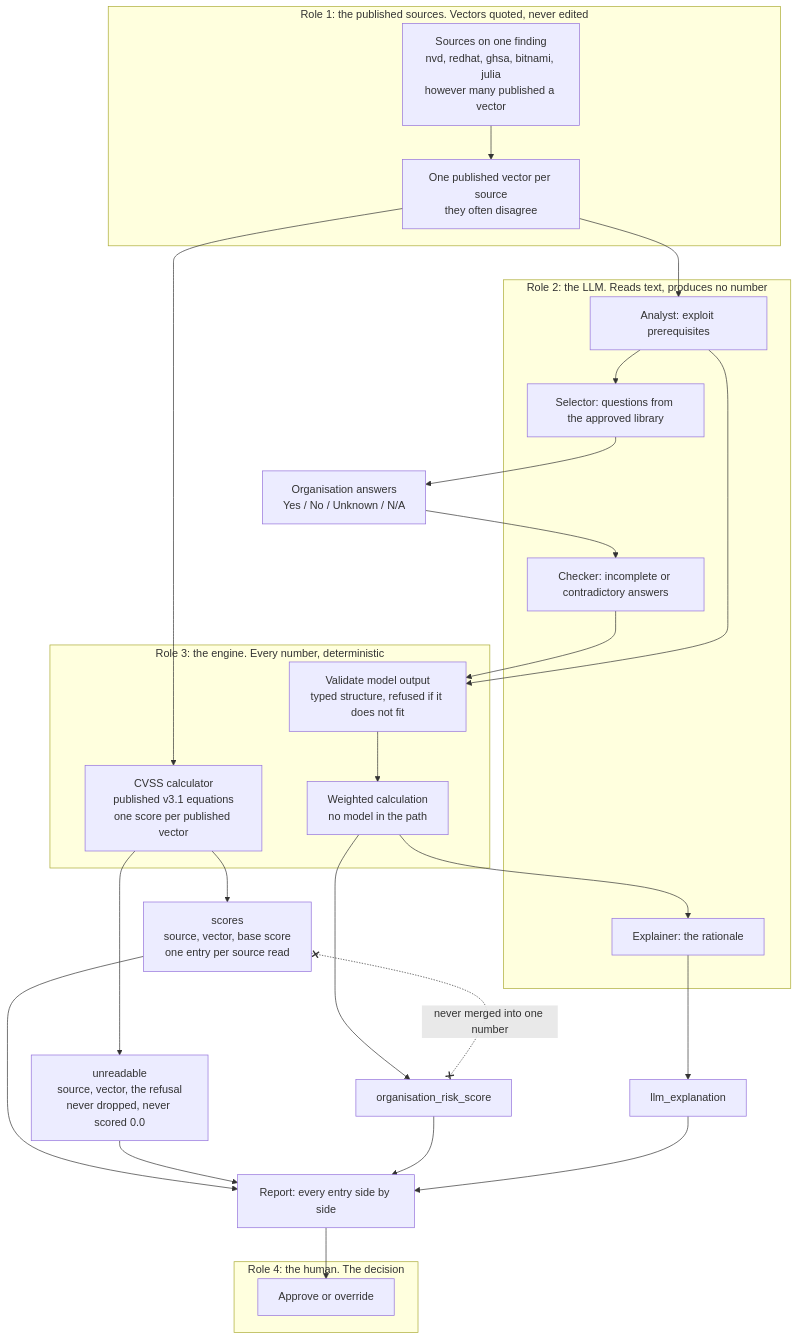
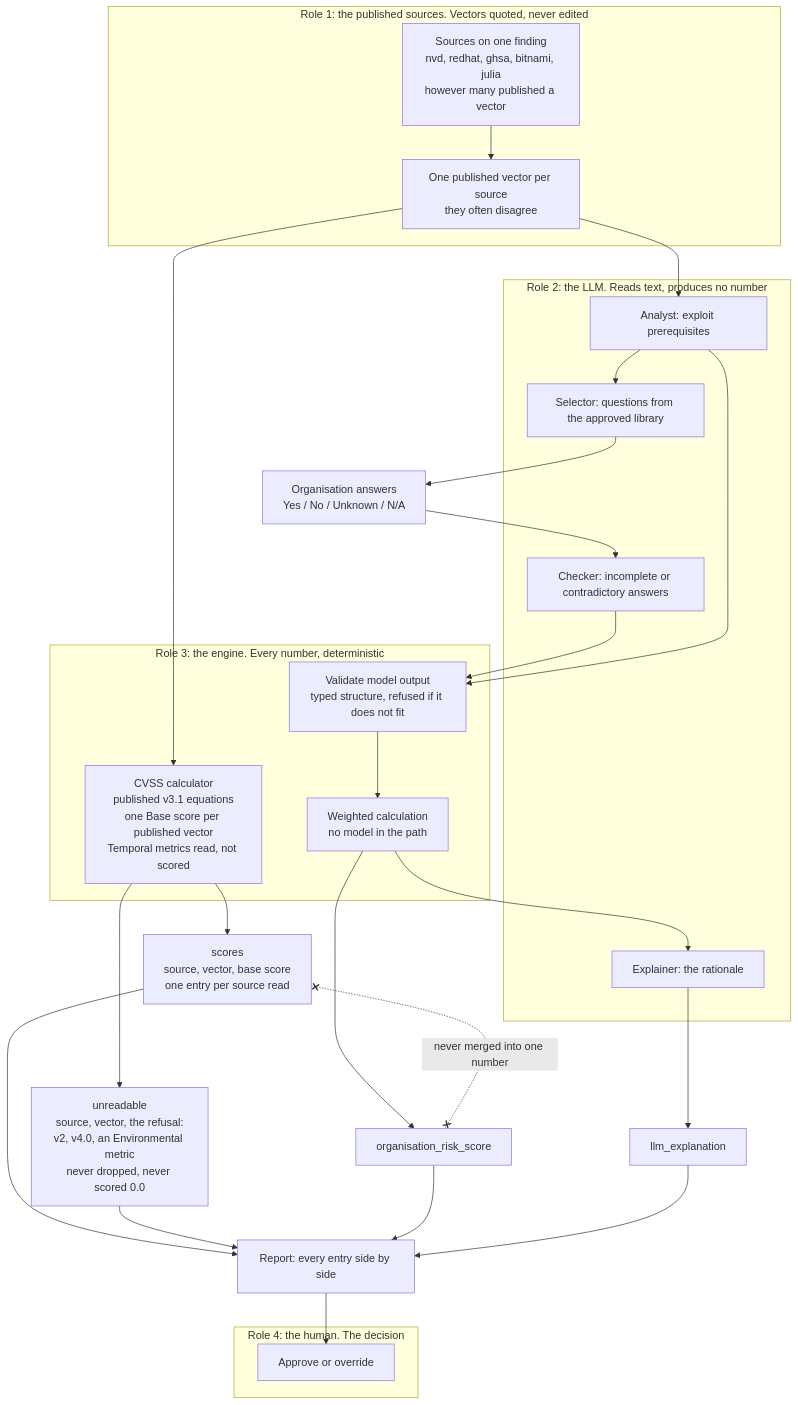
One commit to heinthtnaung/AgenticLLMAppAuditor changed the second of 5 diagrams in docs/diagrams.md. Above: the diagram before and after it, drawn with Mermaid. The commit also changed other lines of this file and 16 other files, not shown here.

First line of the commit message:
Read Temporal metrics without scoring them

````diff
--- a/docs/diagrams.md
+++ b/docs/diagrams.md
@@ -169,46 +169,46 @@
 ```mermaid
 flowchart TD
     subgraph QUOTED["Role 1: the published sources. Vectors quoted, never edited"]
         srcs["Sources on one finding<br/>nvd, redhat, ghsa, bitnami, julia<br/>however many published a vector"]
         pv["One published vector per source<br/>they often disagree"]
         srcs --> pv
     end
 
     subgraph MODEL["Role 2: the LLM. Reads text, produces no number"]
         anl["Analyst: exploit prerequisites"]
         sel["Selector: questions from the approved library"]
         chk["Checker: incomplete or contradictory answers"]
         exl["Explainer: the rationale"]
     end
 
     subgraph ENGINE["Role 3: the engine. Every number, deterministic"]
-        cvs["CVSS calculator<br/>published v3.1 equations<br/>one score per published vector"]
+        cvs["CVSS calculator<br/>published v3.1 equations<br/>one Base score per published vector<br/>Temporal metrics read, not scored"]
         val["Validate model output<br/>typed structure, refused if it does not fit"]
         cal["Weighted calculation<br/>no model in the path"]
     end
 
     subgraph HUMAN["Role 4: the human. The decision"]
         dec["Approve or override"]
     end
 
     pv --> anl
     pv --> cvs
     cvs --> f1["scores<br/>source, vector, base score<br/>one entry per source read"]
-    cvs --> f2["unreadable<br/>source, vector, the refusal<br/>never dropped, never scored 0.0"]
+    cvs --> f2["unreadable<br/>source, vector, the refusal:<br/>v2, v4.0, an Environmental metric<br/>never dropped, never scored 0.0"]
     anl --> sel
     sel --> ans["Organisation answers<br/>Yes / No / Unknown / N/A"]
     ans --> chk
     chk --> val
     anl --> val
     val --> cal
     cal --> f3["organisation_risk_score"]
     cal --> exl
     exl --> f4["llm_explanation"]
     f1 --> out["Report: every entry side by side"]
     f2 --> out
     f3 --> out
     f4 --> out
     out --> dec
 
     f1 x-. "never merged into one number" .-x f3
 ```
````
